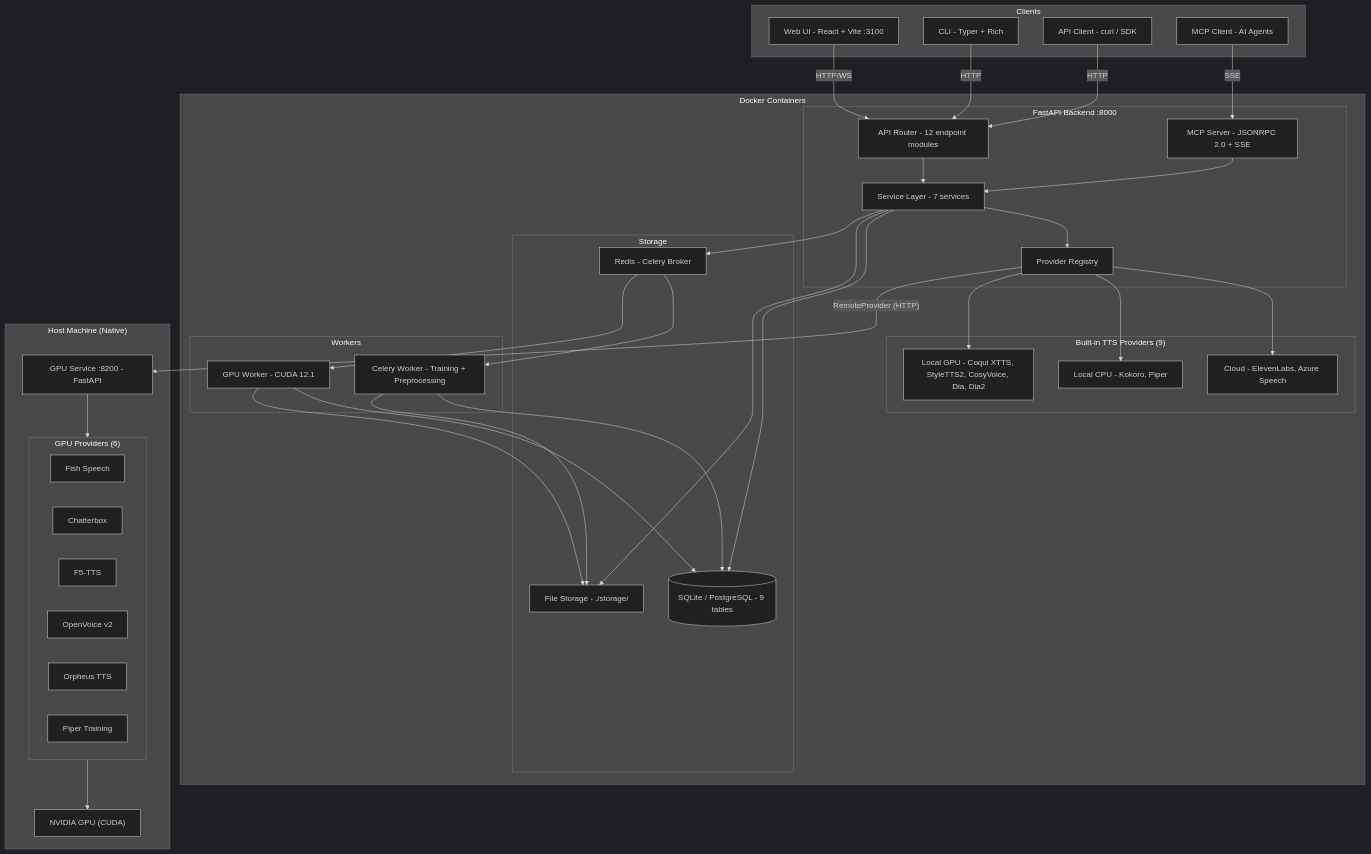
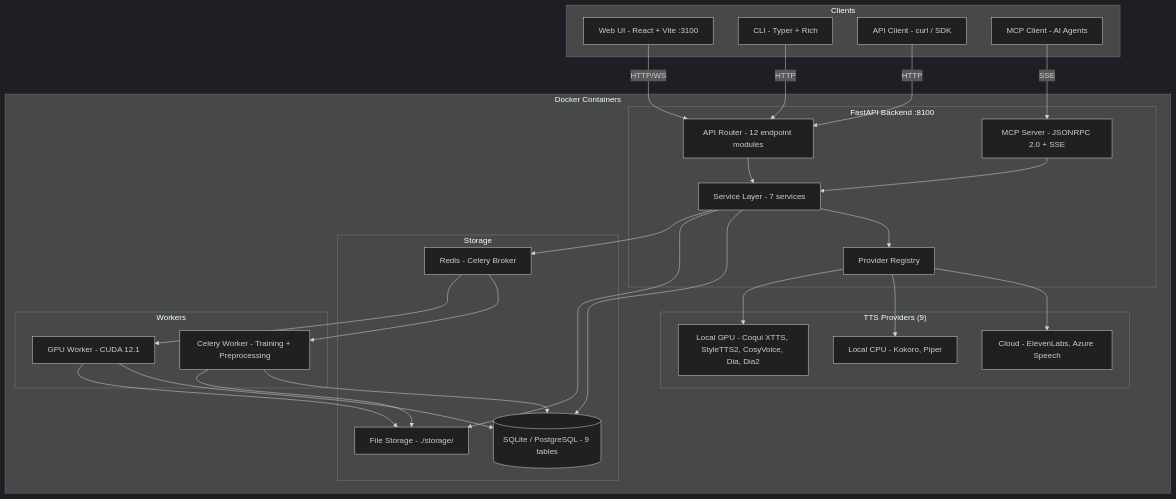
The first of 5 diagrams in docs/architecture.md (HouseGarofalo/atlas-vox), drawn with Mermaid (dark theme) before and after one commit. The commit also changed other lines of this file and 201 other files, not shown here.

````diff
--- a/docs/architecture.md
+++ b/docs/architecture.md
@@ -36,75 +35,58 @@
 ```mermaid
 graph TB
     subgraph Clients
         WebUI["Web UI - React + Vite :3100"]
         CLI["CLI - Typer + Rich"]
         API_Client["API Client - curl / SDK"]
         MCP_Client["MCP Client - AI Agents"]
     end
 
     subgraph Docker["Docker Containers"]
-        subgraph Backend["FastAPI Backend :8000"]
+        subgraph Backend["FastAPI Backend :8100"]
             Router["API Router - 12 endpoint modules"]
             MCP["MCP Server - JSONRPC 2.0 + SSE"]
             Services["Service Layer - 7 services"]
             Registry["Provider Registry"]
         end
 
-        subgraph Providers["Built-in TTS Providers (9)"]
+        subgraph Providers["TTS Providers (9)"]
             Cloud["Cloud - ElevenLabs, Azure Speech"]
             LocalCPU["Local CPU - Kokoro, Piper"]
             LocalGPU["Local GPU - Coqui XTTS, StyleTTS2, CosyVoice, Dia, Dia2"]
         end
 
         subgraph Storage
             DB[("SQLite / PostgreSQL - 9 tables")]
             FileStore["File Storage - ./storage/"]
             Redis["Redis - Celery Broker"]
         end
 
         subgraph Workers
             CeleryWorker["Celery Worker - Training + Preprocessing"]
             GPUWorker["GPU Worker - CUDA 12.1"]
         end
     end
 
-    subgraph Host["Host Machine (Native)"]
-        GPUService["GPU Service :8200 - FastAPI"]
-        subgraph GPUProviders["GPU Providers (6)"]
-            FishSpeech["Fish Speech"]
-            Chatterbox["Chatterbox"]
-            F5TTS["F5-TTS"]
-            OpenVoice["OpenVoice v2"]
-            Orpheus["Orpheus TTS"]
-            PiperTraining["Piper Training"]
-        end
-        NVGPU["NVIDIA GPU (CUDA)"]
-    end
-
     WebUI -->|HTTP/WS| Router
     CLI -->|HTTP| Router
     API_Client -->|HTTP| Router
     MCP_Client -->|SSE| MCP
 
     Router --> Services
     MCP --> Services
     Services --> Registry
     Services --> DB
     Services --> FileStore
     Services --> Redis
 
     Registry --> Cloud
     Registry --> LocalCPU
     Registry --> LocalGPU
-    Registry -->|"RemoteProvider (HTTP)"| GPUService
-
-    GPUService --> GPUProviders
-    GPUProviders --> NVGPU
 
     Redis --> CeleryWorker
     Redis --> GPUWorker
     CeleryWorker --> DB
     CeleryWorker --> FileStore
     GPUWorker --> DB
     GPUWorker --> FileStore
 ```
````
